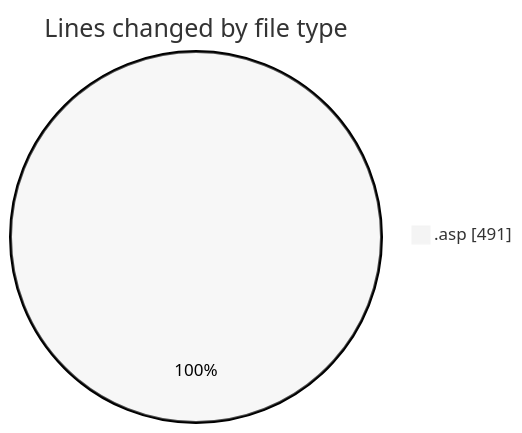
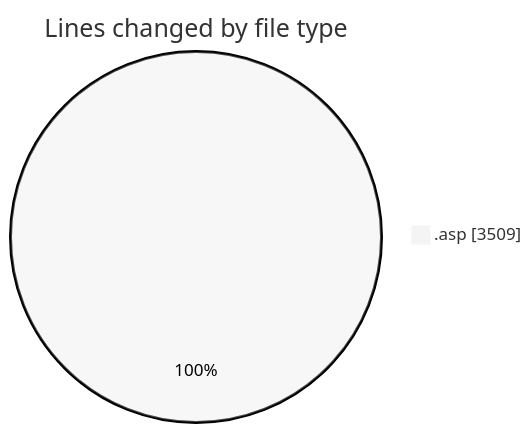
The first of 2 diagrams in 2025-11-15/cdp_aleoudev_fr__workspace_/README.md (julien-gomy/code-tracking), drawn with Mermaid (neutral theme) before and after one commit. The commit also changed other lines of this file and 1 other file, not shown here.

````diff
--- a/2025-11-15/cdp_aleoudev_fr__workspace_/README.md
+++ b/2025-11-15/cdp_aleoudev_fr__workspace_/README.md
@@ -25,5 +26,5 @@
 ```mermaid
 pie showData
 title Lines changed by file type
-".asp" : 491
+".asp" : 3509
 ```
````
